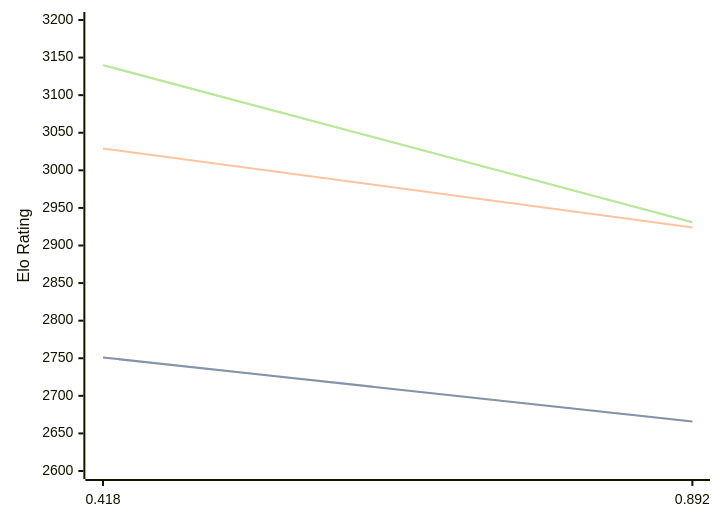
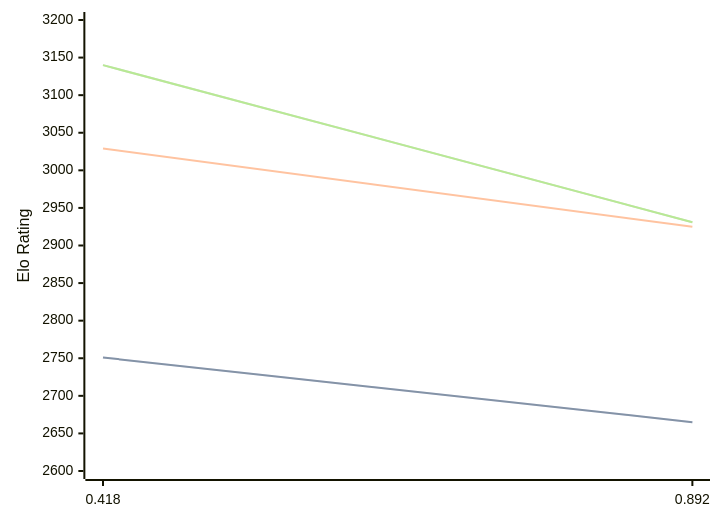
The diagram in engines/Malika.md (computer-chess-index/cci), drawn with Mermaid before and after one commit. The commit also changed other lines of this file, not shown here.

Commit message:
Update CCI Ratings (ELO VLTC) - 2026-03-13

````diff
--- a/engines/Malika.md
+++ b/engines/Malika.md
@@ -30,11 +30,11 @@
 ```mermaid
 %%{init: {"theme":"base","themeVariables":{"seriesColors:['#a3a3a3','#222221','#faa371']}}}%%
 xychart-beta
   x-axis ["0.418", "0.892"]
   y-axis "Elo Rating" 2600 --> 3200
-  line "STC (8.0+0.08s)" [2751, 2666]
-  line "STC (8.0+0.08s)" [2751, 2666]
-  line "LTC (60.0+0.60s)" [3029, 2924]
+  line "STC (8.0+0.08s)" [2751, 2665]
+  line "STC (8.0+0.08s)" [2751, 2665]
+  line "LTC (60.0+0.60s)" [3029, 2925]
   line "VLTC (2m24s+1.12s)" [3140, 2931]
   line "VLTC (2m24s+1.12s)" [3140, 2931]
 ```
````
